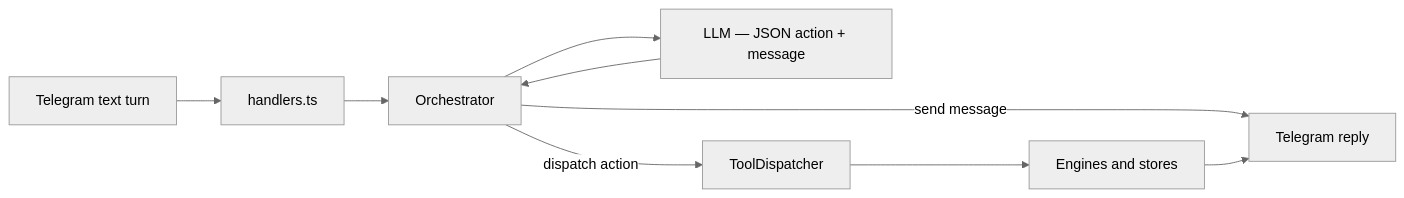
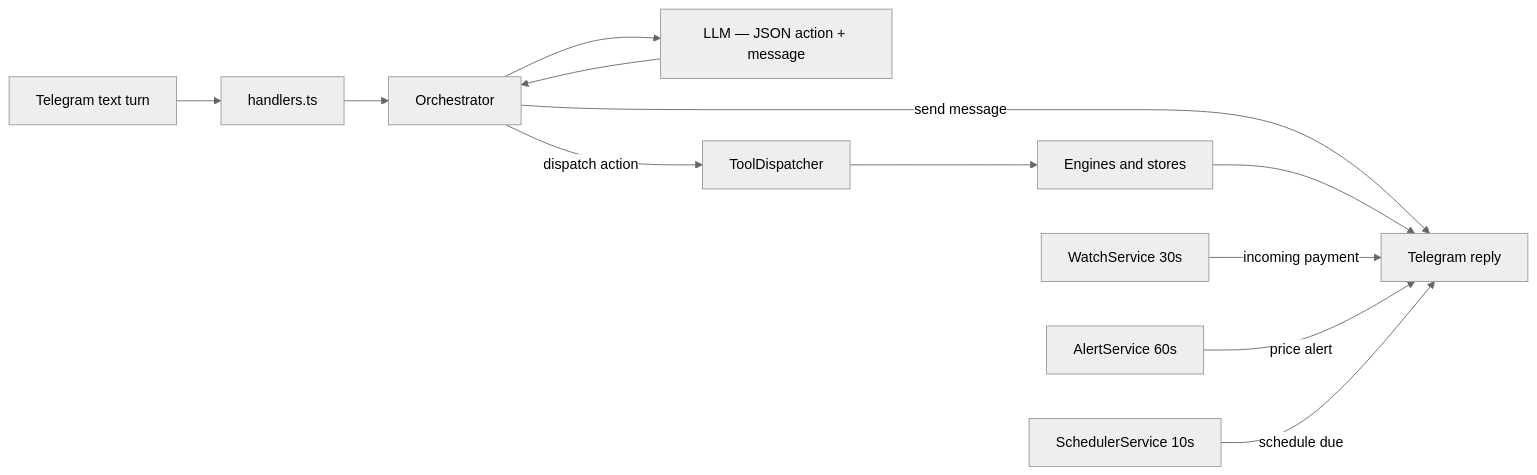
The diagram in ARCHITECTURE.md (dnebayis/ArcPayAgent), drawn with Mermaid (neutral theme) before and after one commit. The commit also changed other lines of this file and 5 other files, not shown here.

First line of the commit message:
test: add 170 unit tests for orchestrator guards, WatchStore, AlertStore

````diff
--- a/ARCHITECTURE.md
+++ b/ARCHITECTURE.md
@@ -30,11 +30,14 @@
 ```mermaid
 flowchart LR
     T[Telegram text turn] --> H[handlers.ts]
     H --> O[Orchestrator]
     O --> L[LLM — JSON action + message]
     L --> O
     O -->|send message| TG[Telegram reply]
     O -->|dispatch action| D[ToolDispatcher]
     D --> EN[Engines and stores]
     EN --> TG
+    W[WatchService 30s] -->|incoming payment| TG
+    AL[AlertService 60s] -->|price alert| TG
+    SC[SchedulerService 10s] -->|schedule due| TG
 ```
````
